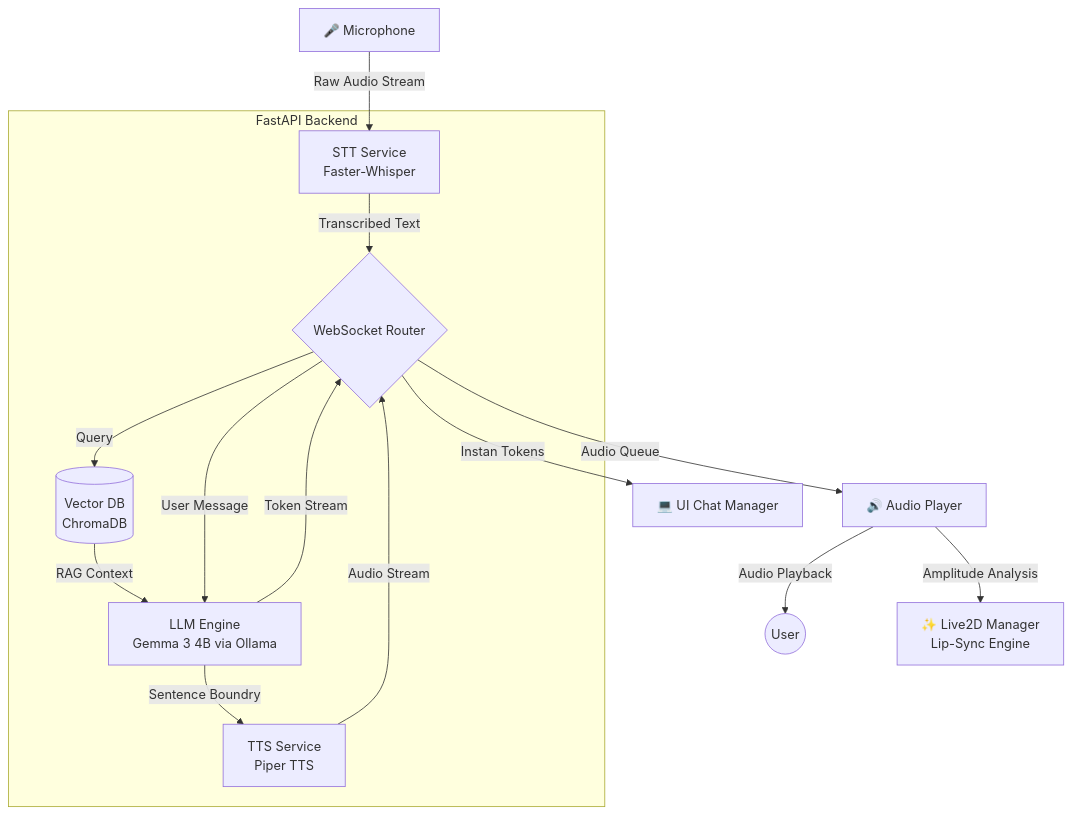
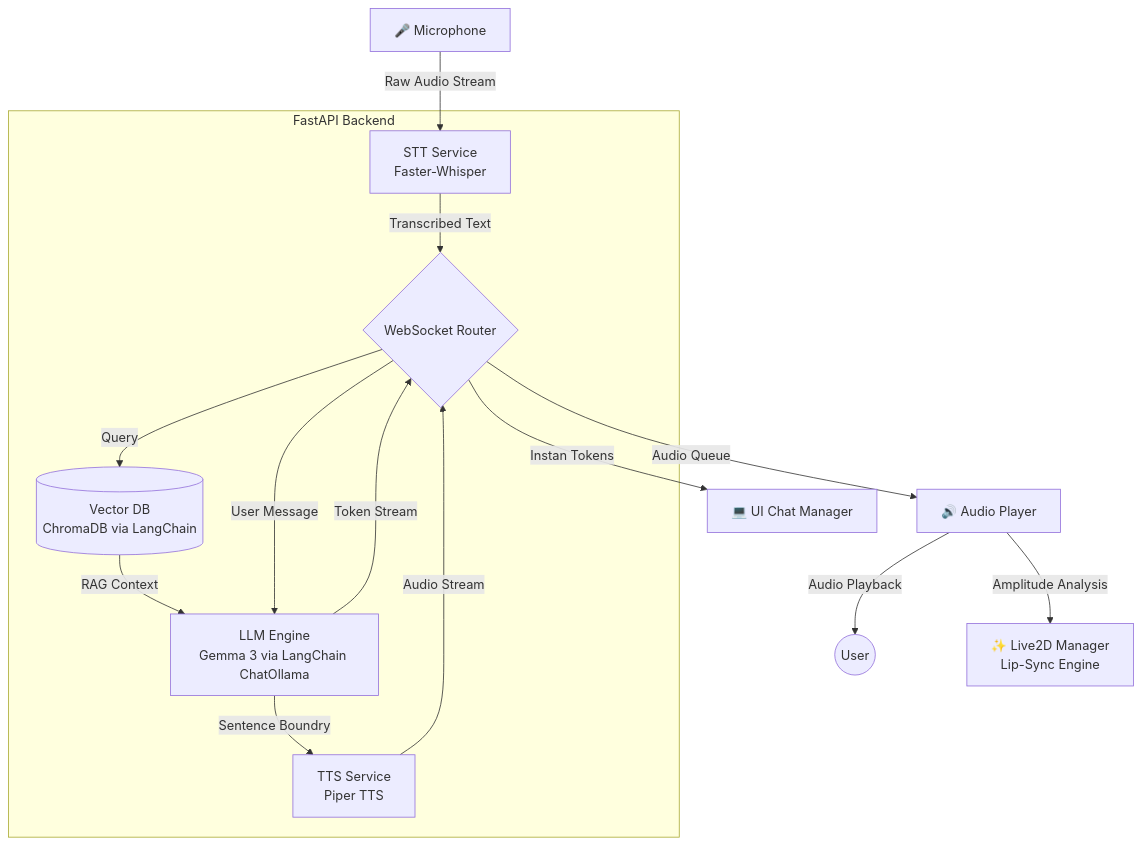
One commit to Fawwzrf/Rei-Assistant changed the diagram in README.md. Above: the diagram before and after it, drawn with Mermaid. The commit also changed other lines of this file and 3 other files, not shown here.

Commit message:
feat: integrate LangChain for LLM orchestration and vector store management

````diff
--- a/README.md
+++ b/README.md
@@ -18,21 +18,21 @@
 ```mermaid
 flowchart TD
     %% Frontend Components
     A[🎤 Microphone] -->|Raw Audio Stream| B[STT Service\nFaster-Whisper]
     
     subgraph Backend [FastAPI Backend]
         B -->|Transcribed Text| D{WebSocket Router}
-        D -->|Query| E[(Vector DB\nChromaDB)]
-        E -->|RAG Context| F[LLM Engine\nGemma 3 4B via Ollama]
+        D -->|Query| E[(Vector DB\nChromaDB via LangChain)]
+        E -->|RAG Context| F[LLM Engine\nGemma 3 via LangChain ChatOllama]
         D -->|User Message| F
         F -->|Token Stream| D
         F -->|Sentence Boundry| G[TTS Service\nPiper TTS]
         G -->|Audio Stream| D
     end
 
     %% Sync to Frontend Frontend
     D -->|Instan Tokens| H[💻 UI Chat Manager]
     D -->|Audio Queue| I[🔊 Audio Player]
     I -->|Audio Playback| User((User))
     I -->|Amplitude Analysis| J[✨ Live2D Manager\nLip-Sync Engine]
 ```
````
